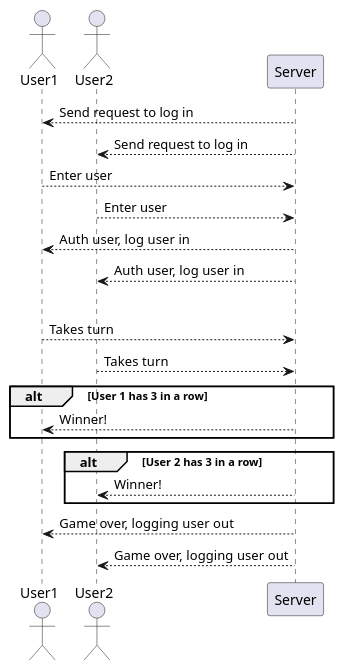
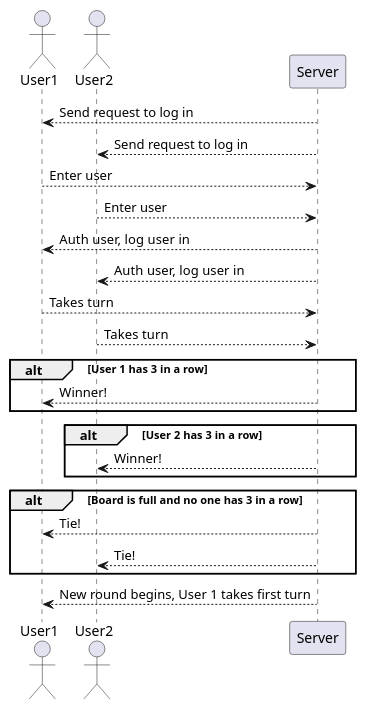
One commit to Jack-Pelletier/OODFinalProject changed the diagram in gameLogicUML.puml. Above: the diagram before and after it, drawn with PlantUML.

Commit message:
modifying game logic sequence uml

```diff
--- a/gameLogicUML.puml
+++ b/gameLogicUML.puml
@@ -1,30 +1,33 @@
-@startuml atm sequence
+@startuml Game Logic Sequence
 
 actor User1 as u1
 actor User2 as u2
 participant Server as s
 
 s --> u1: Send request to log in 
 s --> u2: Send request to log in
 u1 --> s: Enter user
 u2 --> s: Enter user
 s --> u1: Auth user, log user in
 s --> u2: Auth user, log user in
 
 
-alt User 1 wins
 u1 --> s: Takes turn
 u2 --> s: Takes turn 
 
 alt User 1 has 3 in a row
     s --> u1: Winner!
 end
 
 alt User 2 has 3 in a row  
     s --> u2: Winner!
 end
 
-s --> u1: Game over, logging user out
-s --> u2: Game over, logging user out
+alt Board is full and no one has 3 in a row 
+    s --> u1: Tie!
+    s --> u2: Tie!
+end
+
+s --> u1: New round begins, User 1 takes first turn
 
 @enduml
```
